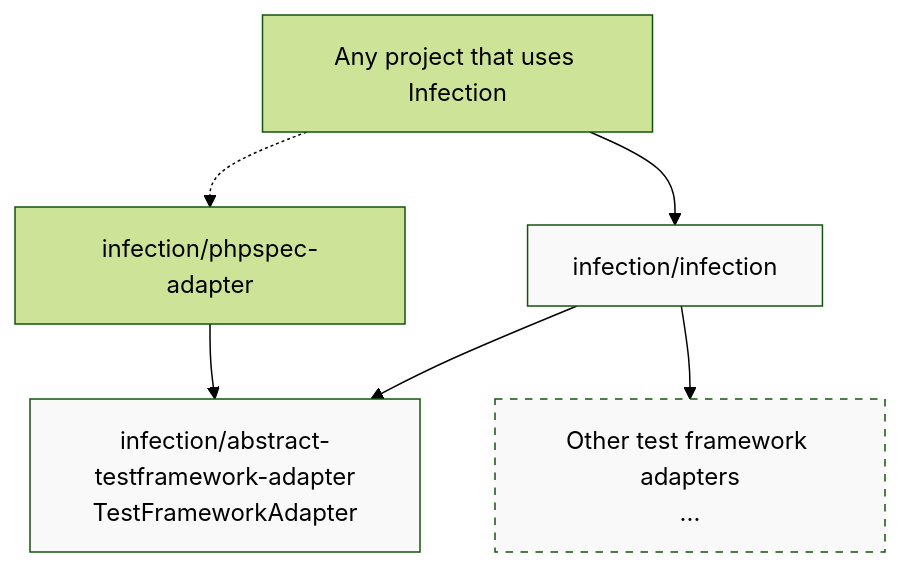
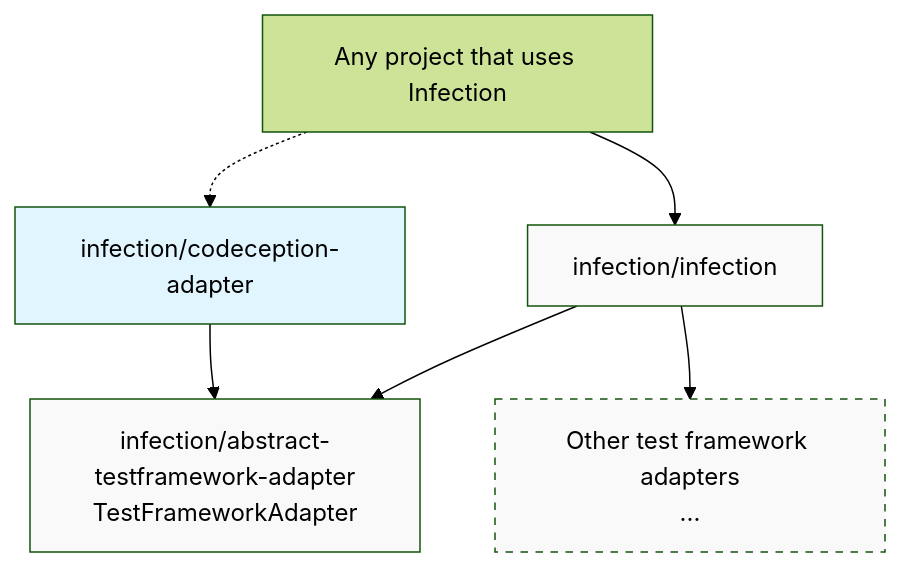
The diagram in docs/test-framework-adapter.mmd (infection/codeception-adapter), drawn with Mermaid (forest theme) before and after one commit. The commit also changed 1 other file, not shown here.

```diff
--- a/docs/test-framework-adapter.mmd
+++ b/docs/test-framework-adapter.mmd
@@ -1,16 +1,17 @@
 graph TB
     Project["Any project that uses Infection"]
-    Adapter["infection/phpspec-adapter"]
+    Adapter["infection/codeception-adapter"]
     Infection["infection/infection"]
     AbstractAdapter["infection/abstract-testframework-adapter<br/>TestFrameworkAdapter"]
     OtherAdapters["Other test framework adapters<br/>..."]
 
     Project --> Infection
     Project -.-> Adapter
     Infection --> AbstractAdapter
     Infection --> OtherAdapters
     Adapter --> AbstractAdapter
 
+    style Adapter fill:#e1f5fe
     style AbstractAdapter fill:#f9f9f9
     style Infection fill:#f9f9f9
     style OtherAdapters fill:#f9f9f9,stroke-dasharray: 5 5
```
